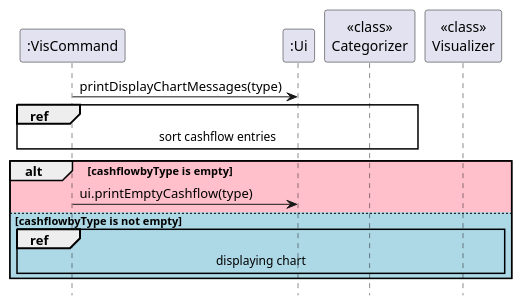
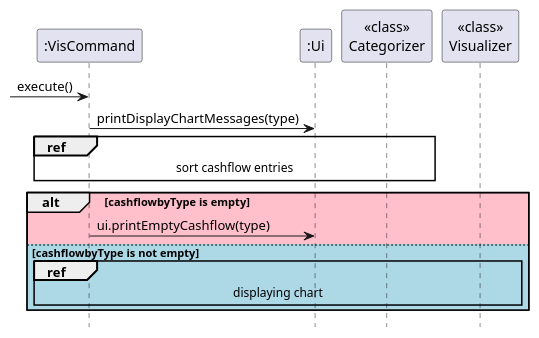
The diagram in docs/diagrams/vis/visualisationSequence.puml (nus-cs2113-AY2324S1/tp), drawn with PlantUML before and after one commit. The commit also changed 5 other files, not shown here.

Commit message:
Fix Vis diagrams

```diff
--- a/docs/diagrams/vis/visualisationSequence.puml
+++ b/docs/diagrams/vis/visualisationSequence.puml
@@ -1,25 +1,26 @@
 @startuml
 
 participant ":VisCommand"
 participant ":Ui"
 participant "<<class>>\nCategorizer"
 participant "<<class>>\nVisualizer"
 
+-> ":VisCommand": execute()
 ":VisCommand"-> ":Ui": printDisplayChartMessages(type)
 
 ref over "<<class>>\nCategorizer", ":VisCommand" : sort cashflow entries
 
 alt #Pink cashflowbyType is empty
 
     ":VisCommand" -> ":Ui" : ui.printEmptyCashflow(type)
 
 else #LightBlue cashflowbyType is not empty
 
     ref over "<<class>>\nVisualizer", ":VisCommand": displaying chart
 
 end
 
 
 hide footbox
 
 @enduml
```
